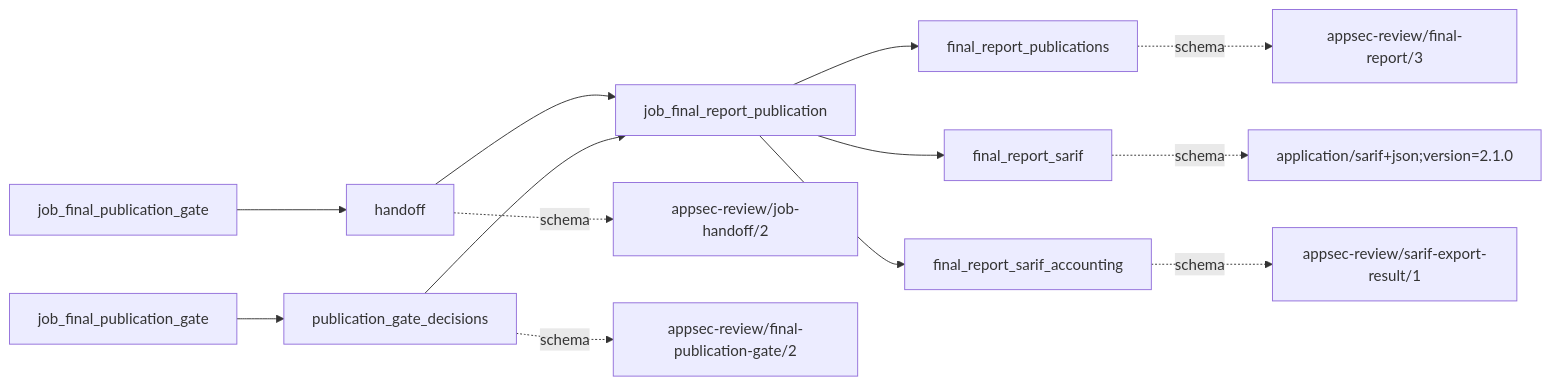
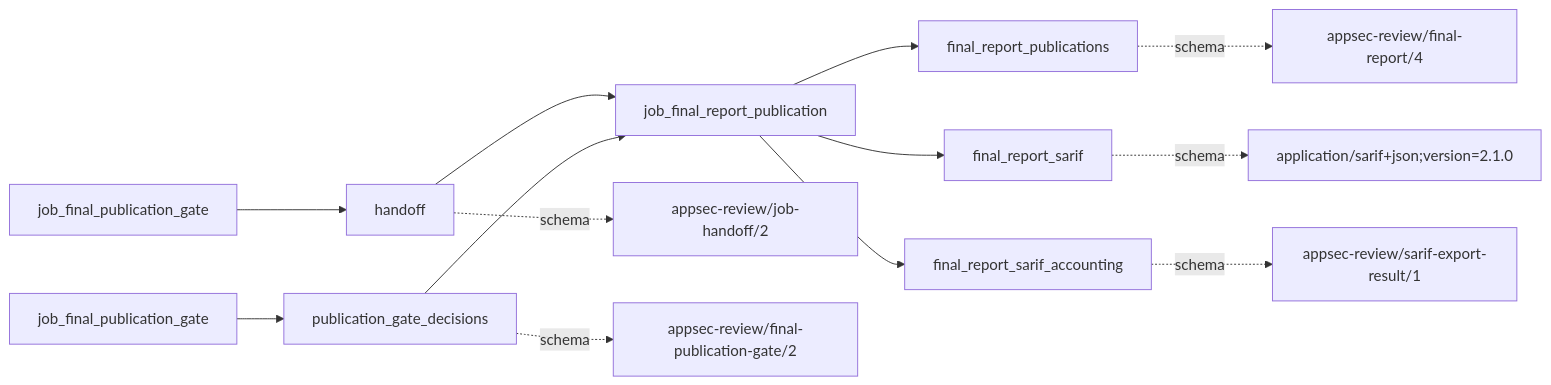
The first of 2 diagrams in docs/operations/job_final_report_publication.md (wsollers/appsec-review), drawn with Mermaid before and after one commit. The commit also changed other lines of this file and 10 other files, not shown here.

````diff
--- a/docs/operations/job_final_report_publication.md
+++ b/docs/operations/job_final_report_publication.md
@@ -76,26 +76,26 @@
 ```mermaid
 flowchart LR
   job["job_final_report_publication"]
   producer0["job_final_publication_gate"]
   input0["handoff"]
   input_schema0["appsec-review/job-handoff/2"]
   producer0 --> input0 --> job
   input0 -. schema .-> input_schema0
   producer1["job_final_publication_gate"]
   input1["publication_gate_decisions"]
   input_schema1["appsec-review/final-publication-gate/2"]
   producer1 --> input1 --> job
   input1 -. schema .-> input_schema1
   output0["final_report_publications"]
-  output_schema0["appsec-review/final-report/3"]
+  output_schema0["appsec-review/final-report/4"]
   job --> output0
   output0 -. schema .-> output_schema0
   output1["final_report_sarif"]
   output_schema1["application/sarif+json;version=2.1.0"]
   job --> output1
   output1 -. schema .-> output_schema1
   output2["final_report_sarif_accounting"]
   output_schema2["appsec-review/sarif-export-result/1"]
   job --> output2
   output2 -. schema .-> output_schema2
 ```
````
